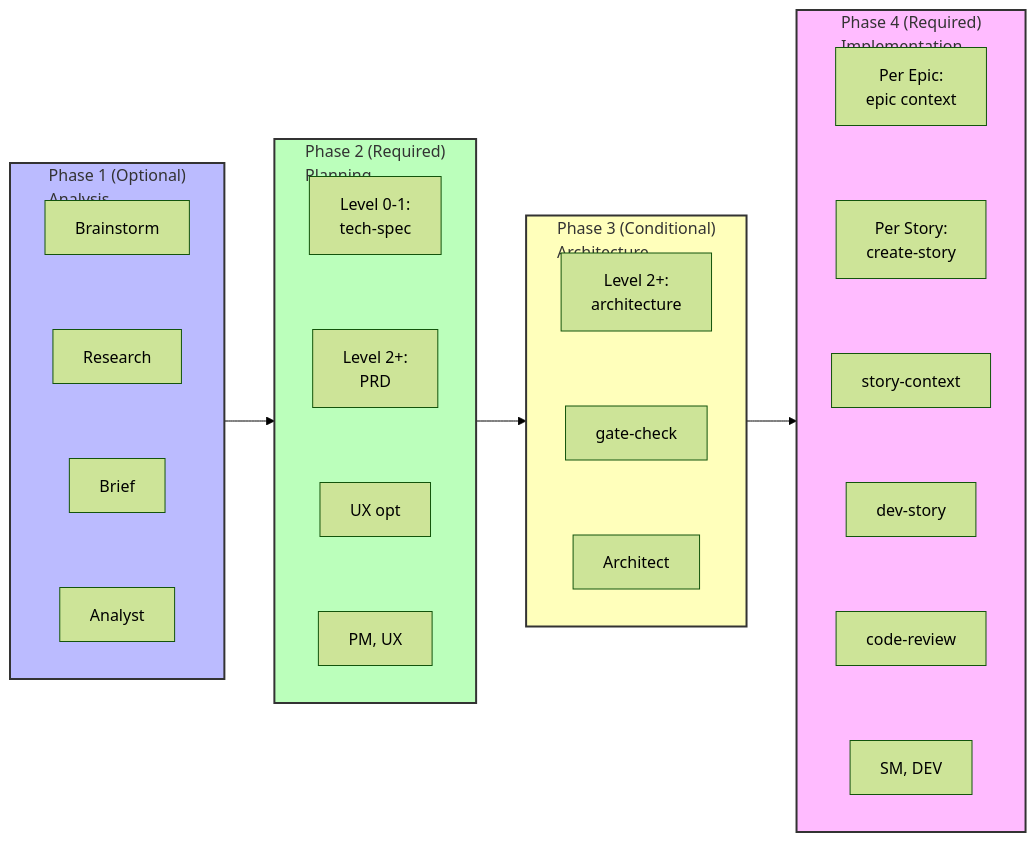
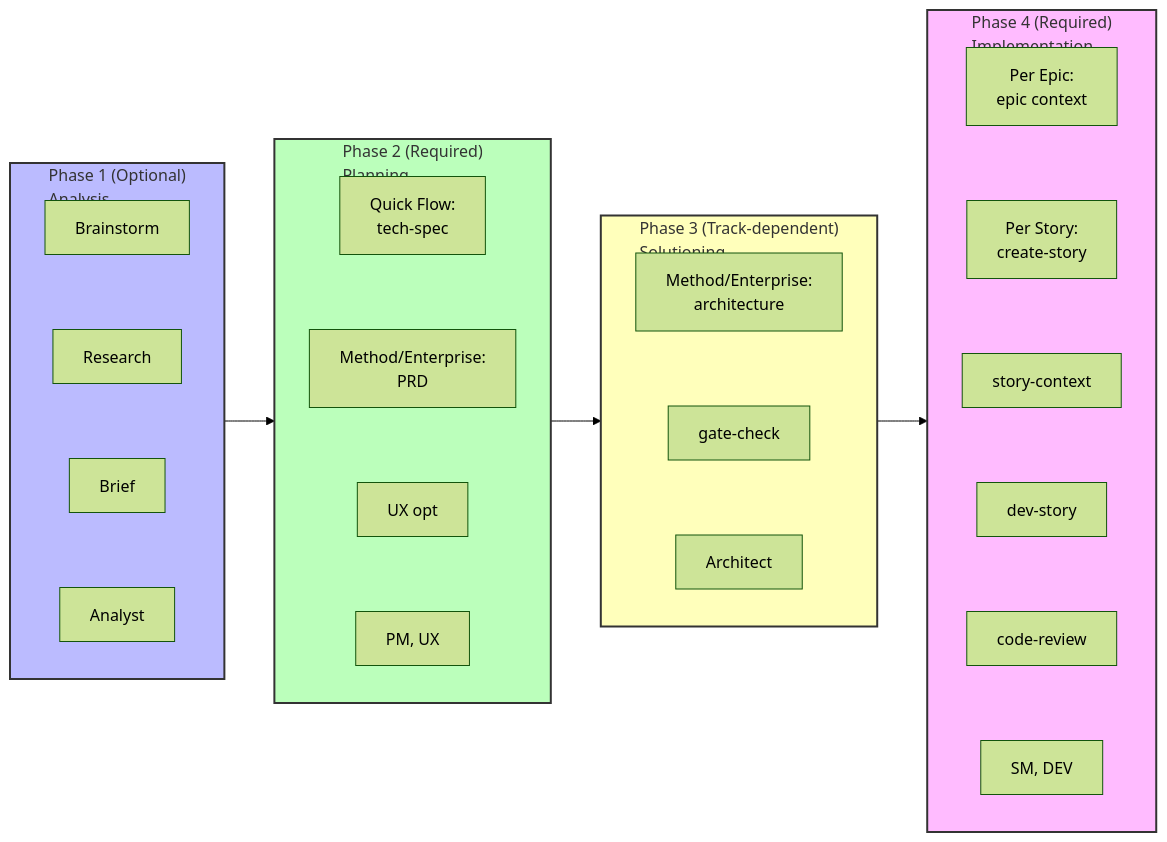
One commit to acita-gmbh/eaf changed the diagram in bmad/bmm/docs/quick-start.md. Above: the diagram before and after it, drawn with Mermaid (forest theme). The commit also changed other lines of this file and 145 other files, not shown here.

````diff
--- a/bmad/bmm/docs/quick-start.md
+++ b/bmad/bmm/docs/quick-start.md
@@ -283,48 +283,48 @@
 ```mermaid
 flowchart LR
     subgraph P1["Phase 1 (Optional)<br/>Analysis"]
         direction TB
         A1[Brainstorm]
         A2[Research]
         A3[Brief]
         A4[Analyst]
         A1 ~~~ A2 ~~~ A3 ~~~ A4
     end
 
     subgraph P2["Phase 2 (Required)<br/>Planning"]
         direction TB
-        B1[Level 0-1:<br/>tech-spec]
-        B2[Level 2+:<br/>PRD]
+        B1[Quick Flow:<br/>tech-spec]
+        B2[Method/Enterprise:<br/>PRD]
         B3[UX opt]
         B4[PM, UX]
         B1 ~~~ B2 ~~~ B3 ~~~ B4
     end
 
-    subgraph P3["Phase 3 (Conditional)<br/>Architecture"]
+    subgraph P3["Phase 3 (Track-dependent)<br/>Solutioning"]
         direction TB
-        C1[Level 2+:<br/>architecture]
+        C1[Method/Enterprise:<br/>architecture]
         C2[gate-check]
         C3[Architect]
         C1 ~~~ C2 ~~~ C3
     end
 
     subgraph P4["Phase 4 (Required)<br/>Implementation"]
         direction TB
         D1[Per Epic:<br/>epic context]
         D2[Per Story:<br/>create-story]
         D3[story-context]
         D4[dev-story]
         D5[code-review]
         D6[SM, DEV]
         D1 ~~~ D2 ~~~ D3 ~~~ D4 ~~~ D5 ~~~ D6
     end
 
     P1 --> P2
     P2 --> P3
     P3 --> P4
 
     style P1 fill:#bbf,stroke:#333,stroke-width:2px
     style P2 fill:#bfb,stroke:#333,stroke-width:2px
     style P3 fill:#ffb,stroke:#333,stroke-width:2px
     style P4 fill:#fbf,stroke:#333,stroke-width:2px
 ```
````
